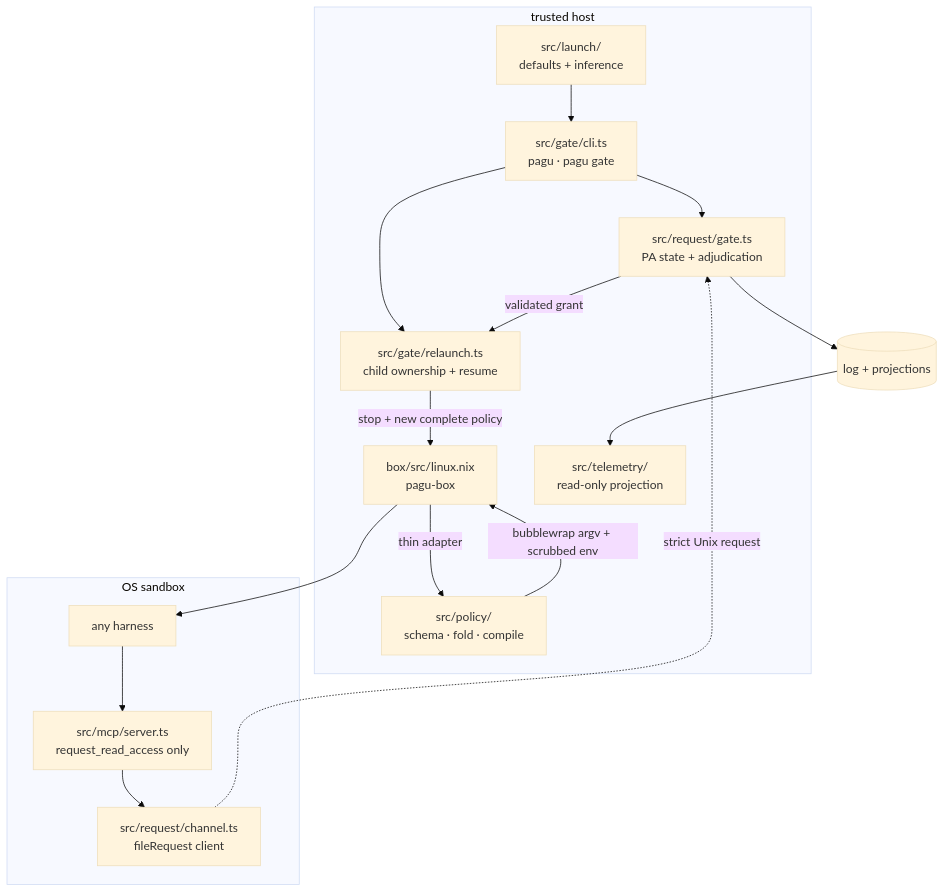
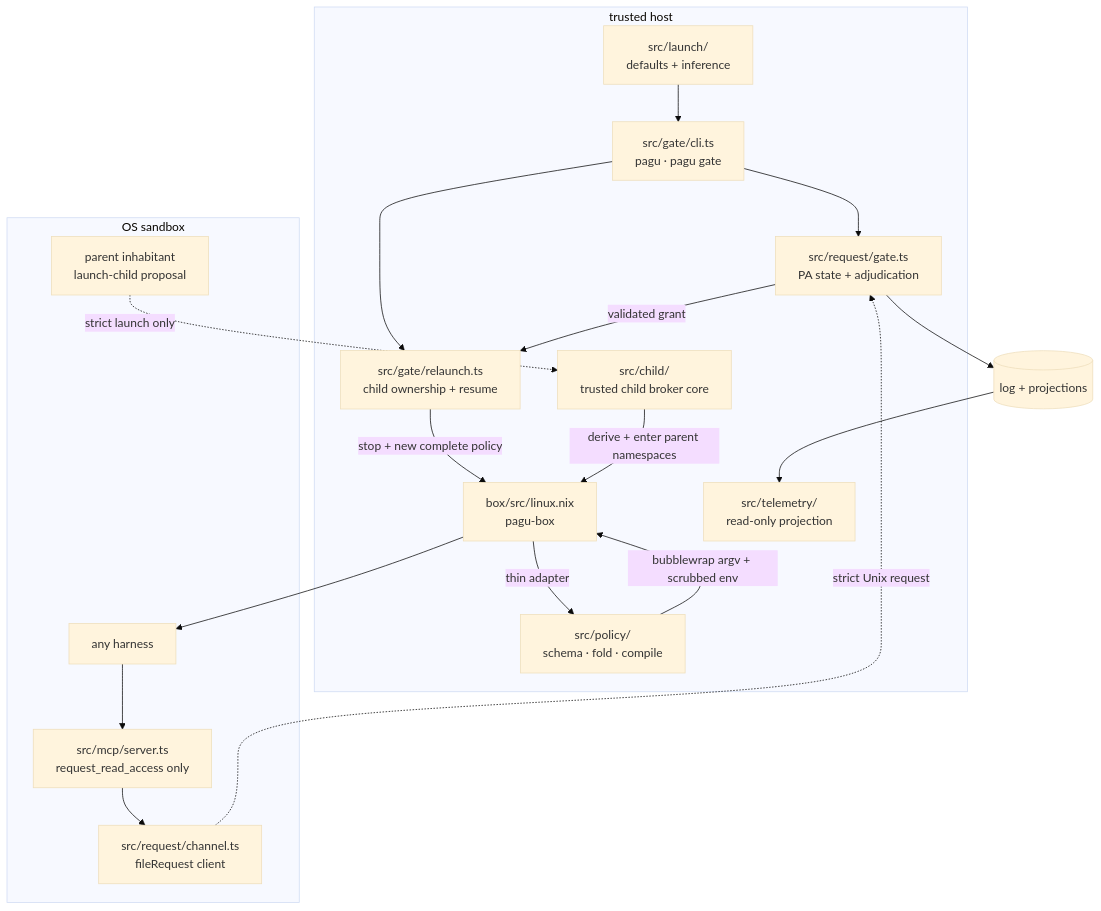
Before and after one commit to phibkro/pagu: the diagram in docs/ARCHITECTURE.md, drawn with Mermaid (base theme). The commit also changed other lines of this file and 24 other files, not shown here.

First line of the commit message:
feat(child): add trusted nested launch core

````diff
--- a/docs/ARCHITECTURE.md
+++ b/docs/ARCHITECTURE.md
@@ -11,31 +11,35 @@
 ```mermaid
 flowchart TB
     subgraph operator["trusted host"]
         LC["src/launch/\ndefaults + inference"]
         GC["src/gate/cli.ts\npagu · pagu gate"]
         R["src/gate/relaunch.ts\nchild ownership + resume"]
+        CB["src/child/\ntrusted child broker core"]
         G["src/request/gate.ts\nPA state + adjudication"]
         P["src/policy/\nschema · fold · compile"]
         BC["box/src/linux.nix\npagu-box"]
         T["src/telemetry/\nread-only projection"]
     end
     subgraph sandbox["OS sandbox"]
         H["any harness"]
         M["src/mcp/server.ts\nrequest_read_access only"]
         C["src/request/channel.ts\nfileRequest client"]
+        CH["parent inhabitant\nlaunch-child proposal"]
     end
 
     LC --> GC
     GC --> G
     GC --> R
     BC -->|"thin adapter"| P
     P -->|"bubblewrap argv + scrubbed env"| BC
     BC --> H
     H --> M
     M --> C
     C -. "strict Unix request" .-> G
     G -->|"validated grant"| R
     R -->|"stop + new complete policy"| BC
+    CH -. "strict launch only" .-> CB
+    CB -->|"derive + enter parent namespaces"| BC
     G --> L[("log + projections")]
     L --> T
 ```
````
